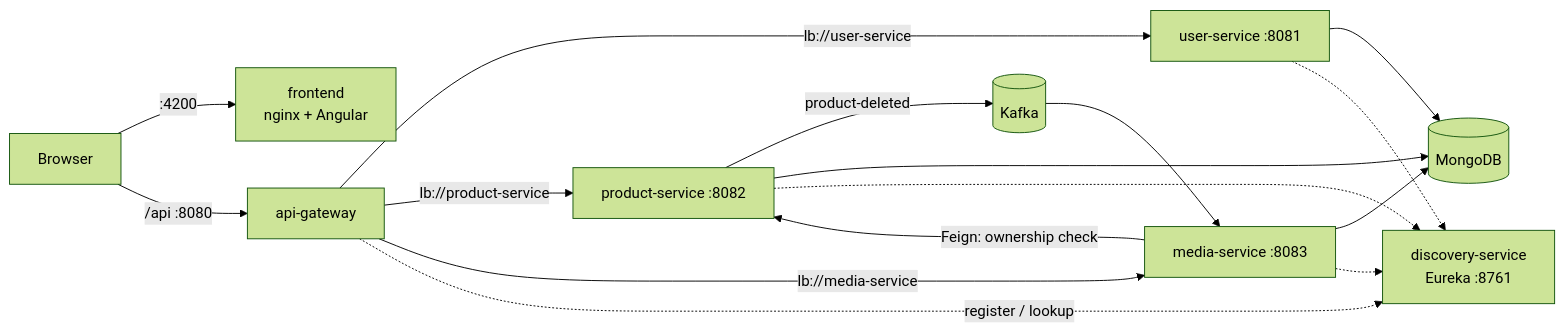
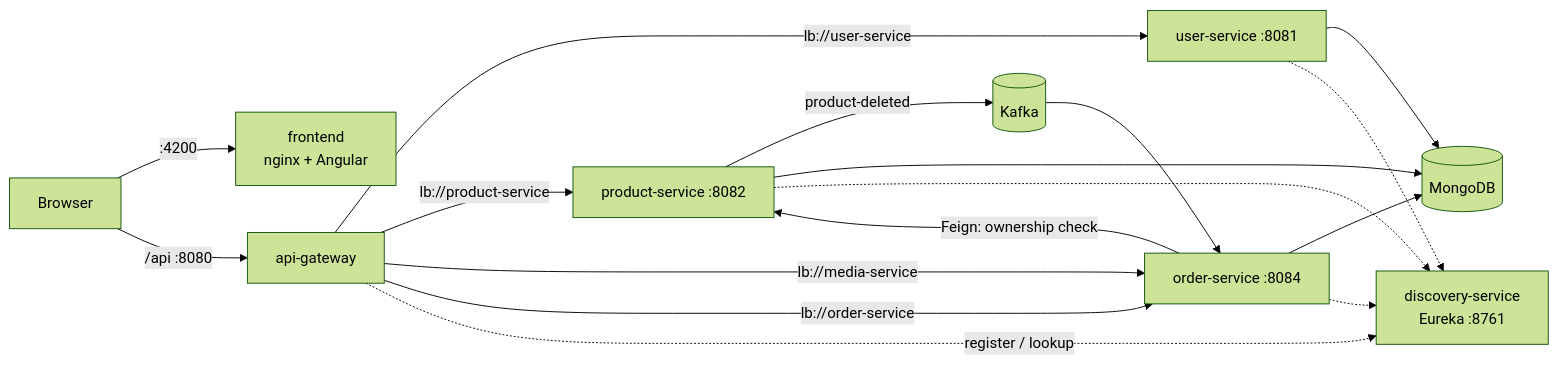
Before and after one commit to saljaoui/buy-01: the diagram in README.md, drawn with Mermaid (forest theme). The commit also changed other lines of this file and 9 other files, not shown here.

````diff
--- a/README.md
+++ b/README.md
@@ -31,18 +31,19 @@
 ```mermaid
 flowchart LR
     Browser -->|:4200| Frontend[frontend<br/>nginx + Angular]
     Browser -->|/api :8080| GW[api-gateway]
     GW -->|lb://user-service| US[user-service :8081]
     GW -->|lb://product-service| PS[product-service :8082]
     GW -->|lb://media-service| MS[media-service :8083]
+    GW -->|lb://order-service| MS[order-service :8084]
     MS -->|Feign: ownership check| PS
     PS -->|product-deleted| K[(Kafka)]
     K --> MS
     US --> DB[(MongoDB)]
     PS --> DB
     MS --> DB
     GW -.register / lookup.-> E[discovery-service<br/>Eureka :8761]
     US -.-> E
     PS -.-> E
     MS -.-> E
 ```
````
